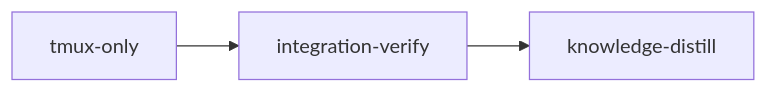
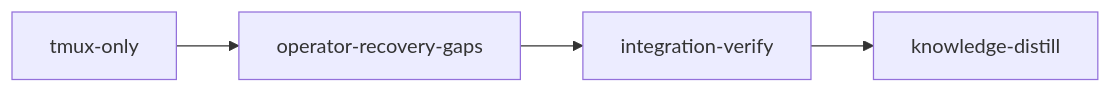
One commit to cosmix/loom changed the diagram in doc/plans/PLAN-tmux-only-terminal-sessions.md. Above: the diagram before and after it, drawn with Mermaid. The commit also changed other lines of this file and 6 other files, not shown here.

Commit message:
docs(plans): update the tmux-only terminal sessions plan and its briefs

````diff
--- a/doc/plans/PLAN-tmux-only-terminal-sessions.md
+++ b/doc/plans/PLAN-tmux-only-terminal-sessions.md
@@ -45,5 +54,6 @@
 ```mermaid
 graph LR
-    tmux-only --> integration-verify
+    tmux-only --> operator-recovery-gaps
+    operator-recovery-gaps --> integration-verify
     integration-verify --> knowledge-distill
 ```
````
